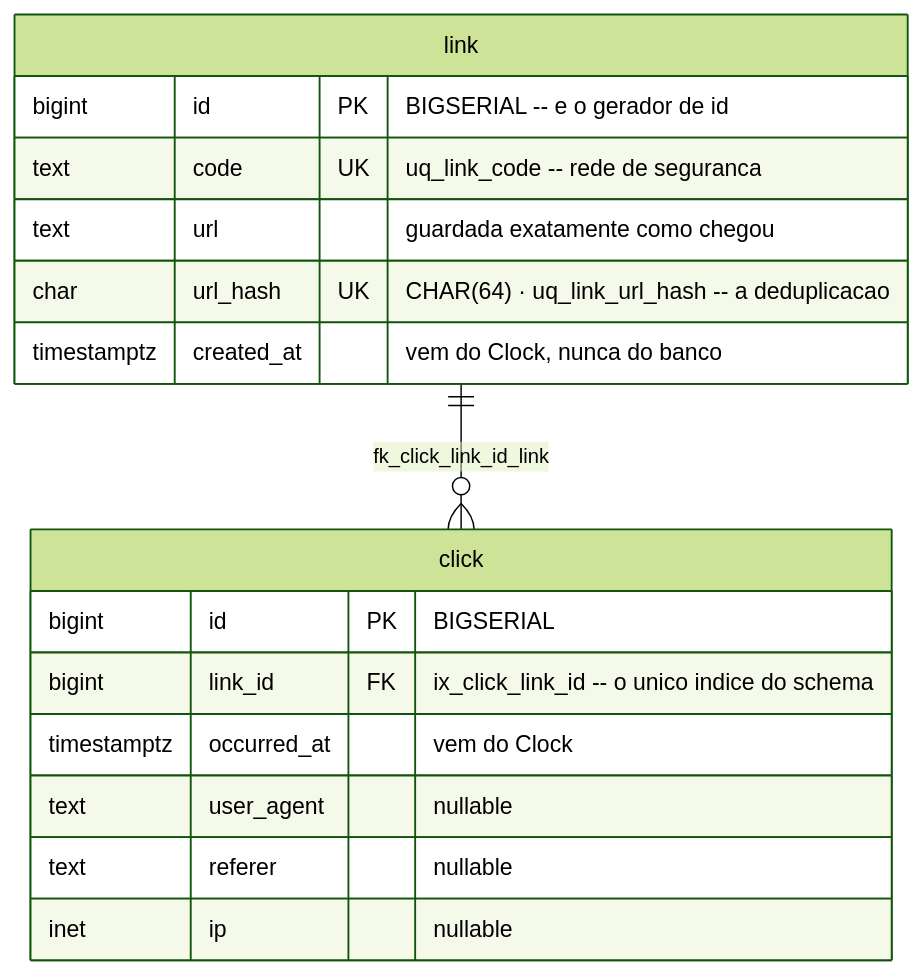
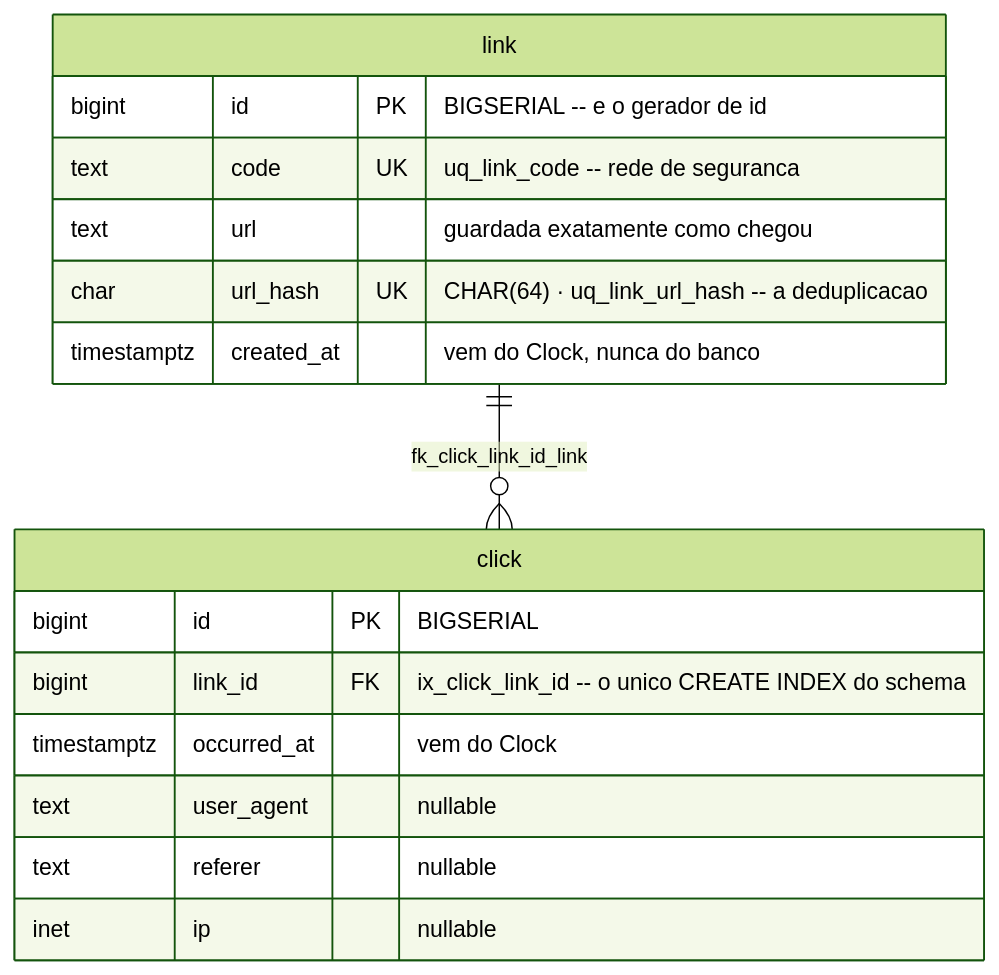
Before and after one commit to wastecoder/python-url-shortener: the fourth of 4 diagrams in docs/ARCHITECTURE.md, drawn with Mermaid (forest theme). The commit also changed other lines of this file and 7 other files, not shown here.

````diff
--- a/docs/ARCHITECTURE.md
+++ b/docs/ARCHITECTURE.md
@@ -335,21 +336,21 @@
 ```mermaid
 erDiagram
     link ||--o{ click : "fk_click_link_id_link"
 
     link {
         bigint id PK "BIGSERIAL -- e o gerador de id"
         text code UK "uq_link_code -- rede de seguranca"
         text url "guardada exatamente como chegou"
         char url_hash UK "CHAR(64) · uq_link_url_hash -- a deduplicacao"
         timestamptz created_at "vem do Clock, nunca do banco"
     }
 
     click {
         bigint id PK "BIGSERIAL"
-        bigint link_id FK "ix_click_link_id -- o unico indice do schema"
+        bigint link_id FK "ix_click_link_id -- o unico CREATE INDEX do schema"
         timestamptz occurred_at "vem do Clock"
         text user_agent "nullable"
         text referer "nullable"
         inet ip "nullable"
     }
 ```
````
